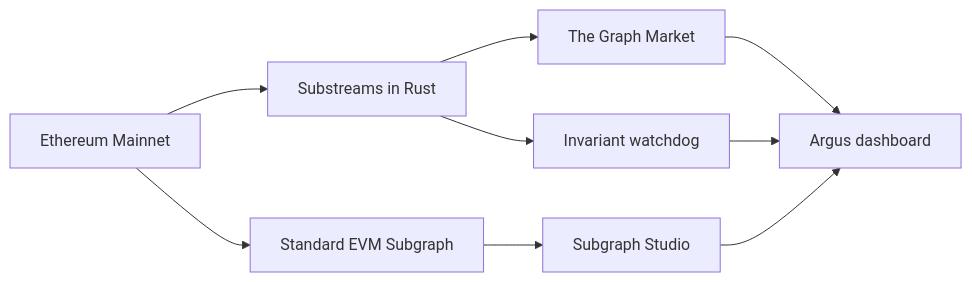
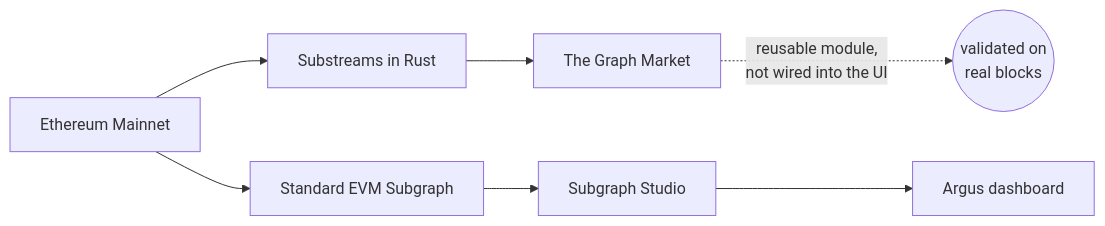
One commit to alva-p/Argus4626 changed the diagram in README.md. Above: the diagram before and after it, drawn with Mermaid. The commit also changed other lines of this file and 4 other files, not shown here.

````diff
--- a/README.md
+++ b/README.md
@@ -36,11 +36,10 @@
 ```mermaid
 flowchart LR
     B[Ethereum Mainnet] --> S[Substreams in Rust]
     S --> M[The Graph Market]
-    S --> W[Invariant watchdog]
+    M -.->|reusable module,<br/>not wired into the UI| P((validated on<br/>real blocks))
+
     B --> G[Standard EVM Subgraph]
     G --> ST[Subgraph Studio]
-    M --> D[Argus dashboard]
-    ST --> D
-    W --> D
+    ST --> D[Argus dashboard]
 ```
````
